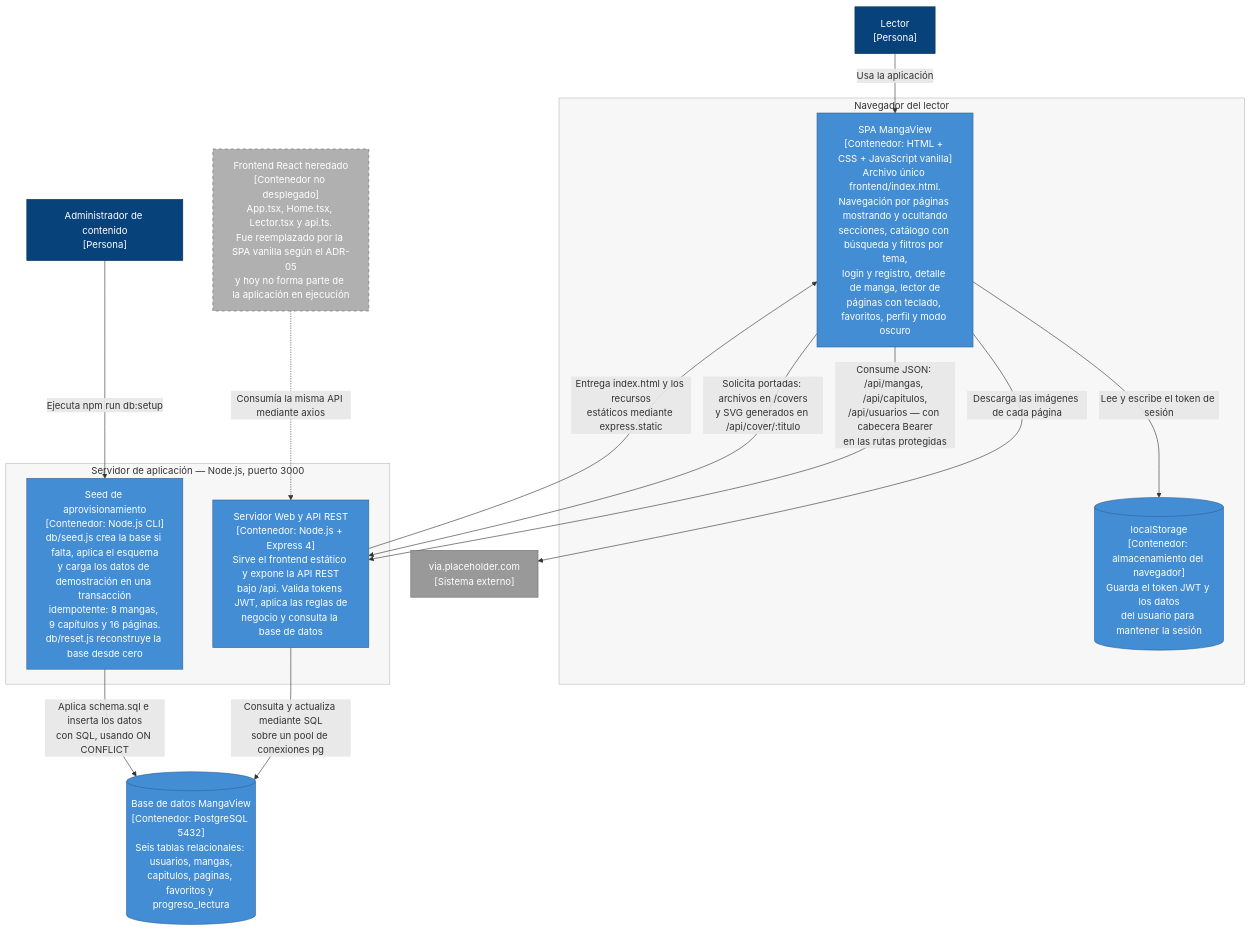
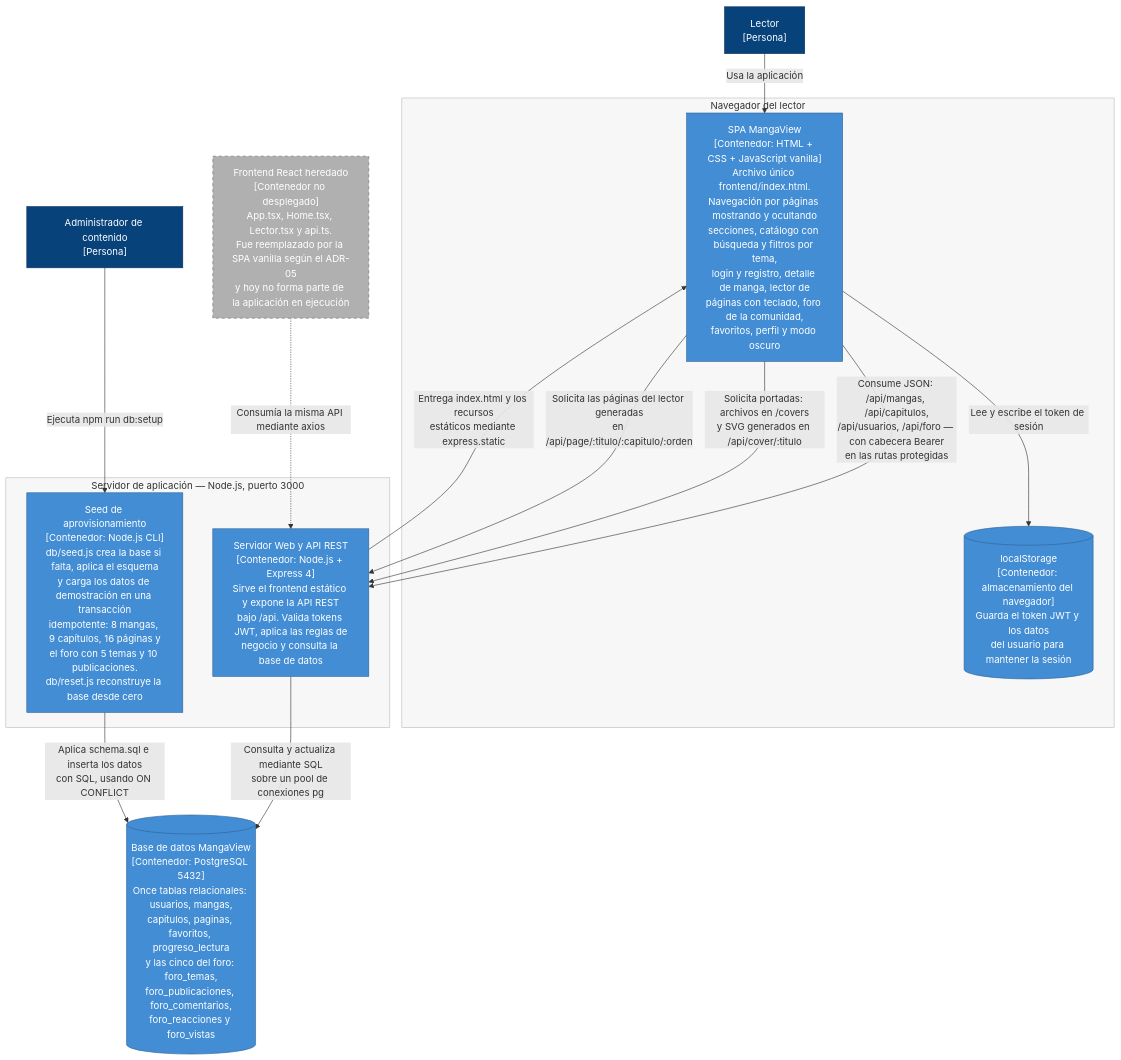
The second of 4 diagrams in docs/C4-MangaView.md (Robertotec2/MangaView), drawn with Mermaid before and after one commit. The commit also changed other lines of this file and 4 other files, not shown here.

First line of the commit message:
docs: registrar el ADR-10 del foro y actualizar los diagramas al estado real

````diff
--- a/docs/C4-MangaView.md
+++ b/docs/C4-MangaView.md
@@ -107,44 +107,41 @@
 ```mermaid
 flowchart TB
     lector["Lector<br/>[Persona]"]
     admin["Administrador de contenido<br/>[Persona]"]
 
     subgraph navegador["Navegador del lector"]
-        spa["SPA MangaView<br/>[Contenedor: HTML + CSS + JavaScript vanilla]<br/>Archivo único frontend/index.html.<br/>Navegación por páginas mostrando y ocultando<br/>secciones, catálogo con búsqueda y filtros por tema,<br/>login y registro, detalle de manga, lector de<br/>páginas con teclado, favoritos, perfil y modo oscuro"]
+        spa["SPA MangaView<br/>[Contenedor: HTML + CSS + JavaScript vanilla]<br/>Archivo único frontend/index.html.<br/>Navegación por páginas mostrando y ocultando<br/>secciones, catálogo con búsqueda y filtros por tema,<br/>login y registro, detalle de manga, lector de<br/>páginas con teclado, foro de la comunidad,<br/>favoritos, perfil y modo oscuro"]
         storage[("localStorage<br/>[Contenedor: almacenamiento del navegador]<br/>Guarda el token JWT y los datos<br/>del usuario para mantener la sesión")]
     end
 
     subgraph servidor["Servidor de aplicación — Node.js, puerto 3000"]
         api["Servidor Web y API REST<br/>[Contenedor: Node.js + Express 4]<br/>Sirve el frontend estático y expone la API REST<br/>bajo /api. Valida tokens JWT, aplica las reglas de<br/>negocio y consulta la base de datos"]
-        scripts["Seed de aprovisionamiento<br/>[Contenedor: Node.js CLI]<br/>db/seed.js crea la base si falta, aplica el esquema<br/>y carga los datos de demostración en una transacción<br/>idempotente: 8 mangas, 9 capítulos y 16 páginas.<br/>db/reset.js reconstruye la base desde cero"]
+        scripts["Seed de aprovisionamiento<br/>[Contenedor: Node.js CLI]<br/>db/seed.js crea la base si falta, aplica el esquema<br/>y carga los datos de demostración en una transacción<br/>idempotente: 8 mangas, 9 capítulos, 16 páginas y<br/>el foro con 5 temas y 10 publicaciones.<br/>db/reset.js reconstruye la base desde cero"]
     end
 
-    db[("Base de datos MangaView<br/>[Contenedor: PostgreSQL 5432]<br/>Seis tablas relacionales: usuarios, mangas,<br/>capitulos, paginas, favoritos y progreso_lectura")]
+    db[("Base de datos MangaView<br/>[Contenedor: PostgreSQL 5432]<br/>Once tablas relacionales: usuarios, mangas,<br/>capitulos, paginas, favoritos, progreso_lectura<br/>y las cinco del foro: foro_temas,<br/>foro_publicaciones, foro_comentarios,<br/>foro_reacciones y foro_vistas")]
 
-    placeholder["via.placeholder.com<br/>[Sistema externo]"]
     legacy["Frontend React heredado<br/>[Contenedor no desplegado]<br/>App.tsx, Home.tsx, Lector.tsx y api.ts.<br/>Fue reemplazado por la SPA vanilla según el ADR-05<br/>y hoy no forma parte de la aplicación en ejecución"]
 
     lector -->|"Usa la aplicación"| spa
     spa -->|"Lee y escribe el token de sesión"| storage
     api -->|"Entrega index.html y los recursos<br/>estáticos mediante express.static"| spa
-    spa -->|"Consume JSON: /api/mangas, /api/capitulos,<br/>/api/usuarios — con cabecera Bearer<br/>en las rutas protegidas"| api
+    spa -->|"Consume JSON: /api/mangas, /api/capitulos,<br/>/api/usuarios, /api/foro — con cabecera Bearer<br/>en las rutas protegidas"| api
     spa -->|"Solicita portadas: archivos en /covers<br/>y SVG generados en /api/cover/:titulo"| api
-    spa -->|"Descarga las imágenes de cada página"| placeholder
+    spa -->|"Solicita las páginas del lector generadas<br/>en /api/page/:titulo/:capitulo/:orden"| api
     api -->|"Consulta y actualiza mediante SQL<br/>sobre un pool de conexiones pg"| db
     admin -->|"Ejecuta npm run db:setup"| scripts
     scripts -->|"Aplica schema.sql e inserta los datos<br/>con SQL, usando ON CONFLICT"| db
     legacy -.->|"Consumía la misma API mediante axios"| api
 
     classDef persona fill:#08427b,stroke:#052e56,color:#ffffff
     classDef contenedor fill:#438dd5,stroke:#2e6295,color:#ffffff
     classDef datos fill:#438dd5,stroke:#2e6295,color:#ffffff
-    classDef externo fill:#999999,stroke:#6b6b6b,color:#ffffff
     classDef muerto fill:#b0b0b0,stroke:#6b6b6b,color:#ffffff,stroke-dasharray: 5 5
     class lector,admin persona
     class spa,api,scripts contenedor
     class storage,db datos
-    class placeholder externo
     class legacy muerto
     style navegador fill:#f7f7f7,stroke:#bbbbbb
     style servidor fill:#f7f7f7,stroke:#bbbbbb
 ```
````
